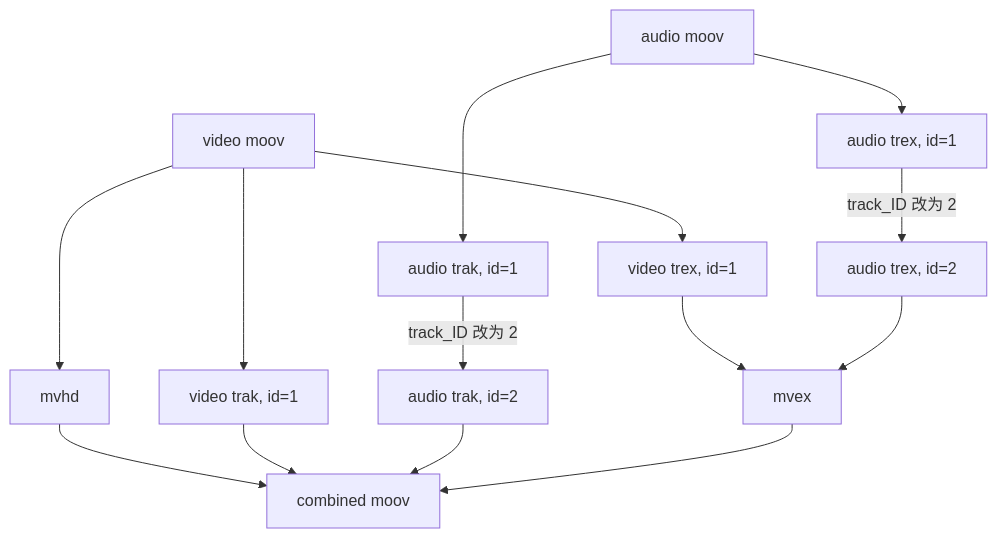
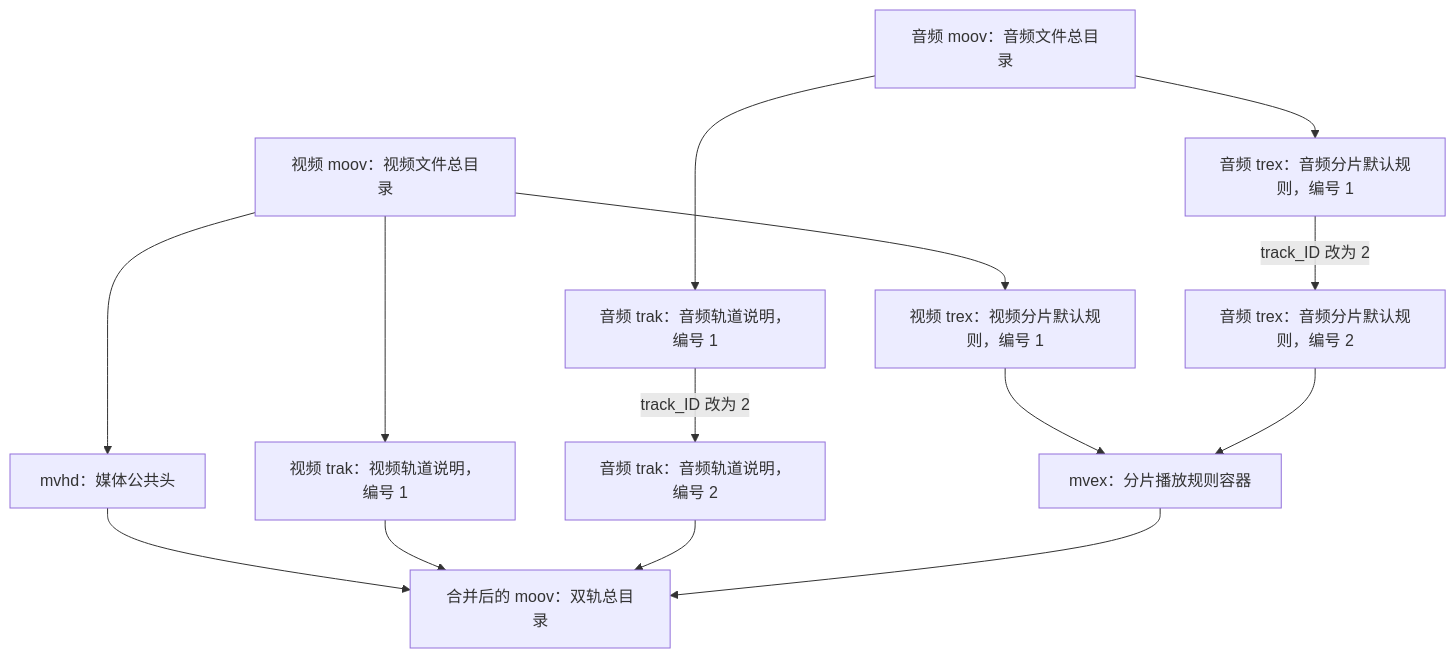
One commit to KARAOKE-MASTER-ZJU/ktv-casting changed the third of 4 diagrams in docs/bilibili-dlna-1080.md. Above: the diagram before and after it, drawn with Mermaid. The commit also changed other lines of this file, not shown here.

````diff
--- a/docs/bilibili-dlna-1080.md
+++ b/docs/bilibili-dlna-1080.md
@@ -104,16 +109,16 @@
 ```mermaid
 flowchart TB
-    VM[video moov] --> MVHD[mvhd]
-    VM --> VTRAK[video trak, id=1]
-    VM --> VTREX[video trex, id=1]
-    AM[audio moov] --> ATRAK[audio trak, id=1]
-    AM --> ATREX[audio trex, id=1]
-    ATRAK -->|track_ID 改为 2| ATRAK2[audio trak, id=2]
-    ATREX -->|track_ID 改为 2| ATREX2[audio trex, id=2]
-    MVHD --> OUT[combined moov]
+    VM[视频 moov：视频文件总目录] --> MVHD[mvhd：媒体公共头]
+    VM --> VTRAK[视频 trak：视频轨道说明，编号 1]
+    VM --> VTREX[视频 trex：视频分片默认规则，编号 1]
+    AM[音频 moov：音频文件总目录] --> ATRAK[音频 trak：音频轨道说明，编号 1]
+    AM --> ATREX[音频 trex：音频分片默认规则，编号 1]
+    ATRAK -->|track_ID 改为 2| ATRAK2[音频 trak：音频轨道说明，编号 2]
+    ATREX -->|track_ID 改为 2| ATREX2[音频 trex：音频分片默认规则，编号 2]
+    MVHD --> OUT[合并后的 moov：双轨总目录]
     VTRAK --> OUT
     ATRAK2 --> OUT
-    VTREX --> MVEX[mvex]
+    VTREX --> MVEX[mvex：分片播放规则容器]
     ATREX2 --> MVEX
     MVEX --> OUT
 ```
````
